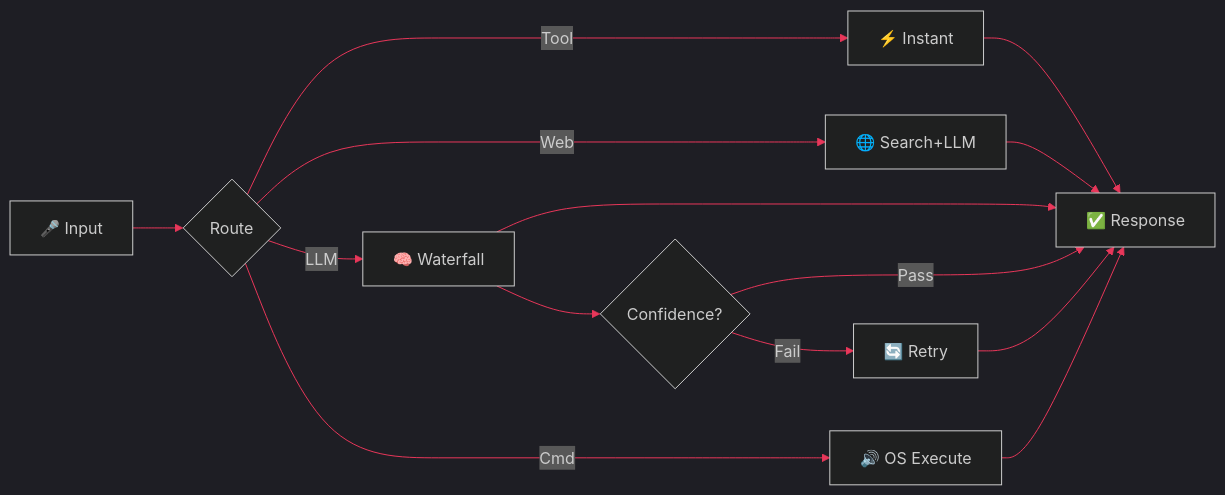
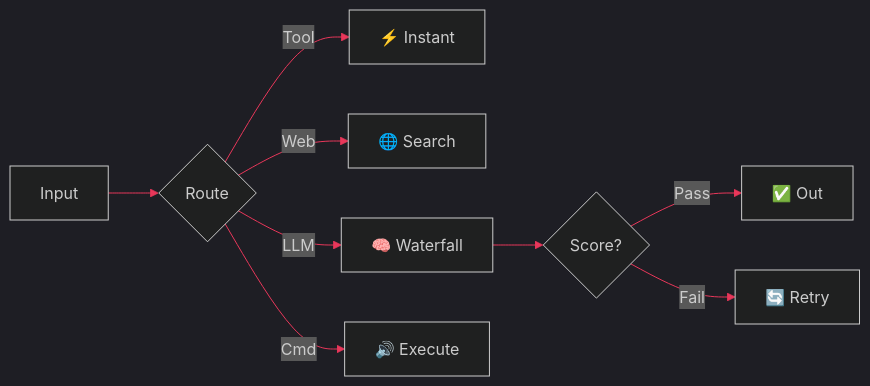
One commit to ansh2222949/ansh2222949 changed the diagram in README.md. Above: the diagram before and after it, drawn with Mermaid. The commit also changed other lines of this file and 8 other files, not shown here.

````diff
--- a/README.md
+++ b/README.md
@@ -159,14 +218,12 @@
 ```mermaid
-%%{init: {'theme': 'dark', 'themeVariables': { 'primaryColor': '#1a1a2e', 'primaryTextColor': '#c9d1d9', 'primaryBorderColor': '#e8375a', 'lineColor': '#e8375a', 'secondaryColor': '#0d1117', 'tertiaryColor': '#0d1117', 'noteBkgColor': '#1a1a2e', 'noteTextColor': '#c9d1d9'}}}%%
+%%{init: {'theme': 'dark', 'themeVariables': { 'primaryColor': '#161b22', 'primaryTextColor': '#c9d1d9', 'primaryBorderColor': '#e8375a', 'lineColor': '#e8375a', 'secondaryColor': '#0d1117', 'tertiaryColor': '#0d1117'}}}%%
 flowchart LR
-    A["🎤 Input"] --> B{"Route"}
+    A["Input"] --> B{"Route"}
     B -->|Tool| C["⚡ Instant"]
-    B -->|Web| D["🌐 Search+LLM"]
+    B -->|Web| D["🌐 Search"]
     B -->|LLM| E["🧠 Waterfall"]
-    B -->|Cmd| F["🔊 OS Execute"]
-    C & D & E & F --> G["✅ Response"]
-    E --> H{"Confidence?"}
-    H -->|"Pass"| G
-    H -->|"Fail"| I["🔄 Retry"]
-    I --> G
+    B -->|Cmd| F["🔊 Execute"]
+    E --> G{"Score?"}
+    G -->|Pass| H["✅ Out"]
+    G -->|Fail| I["🔄 Retry"]
 ```
````
